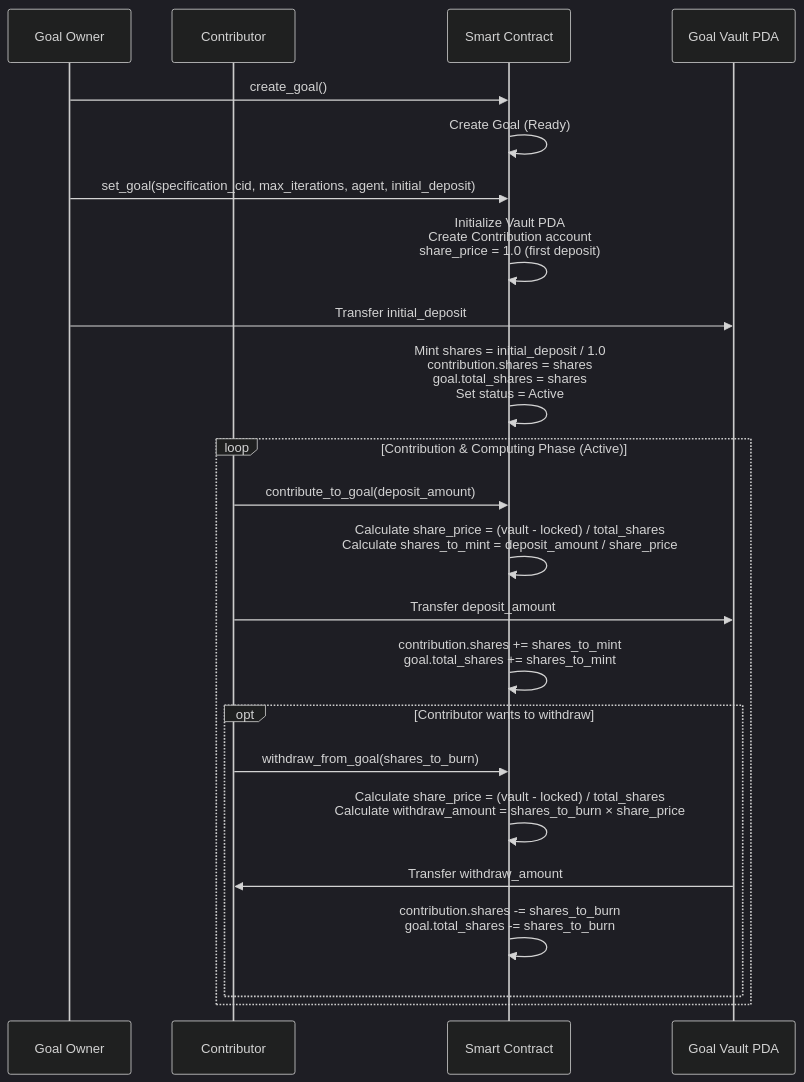
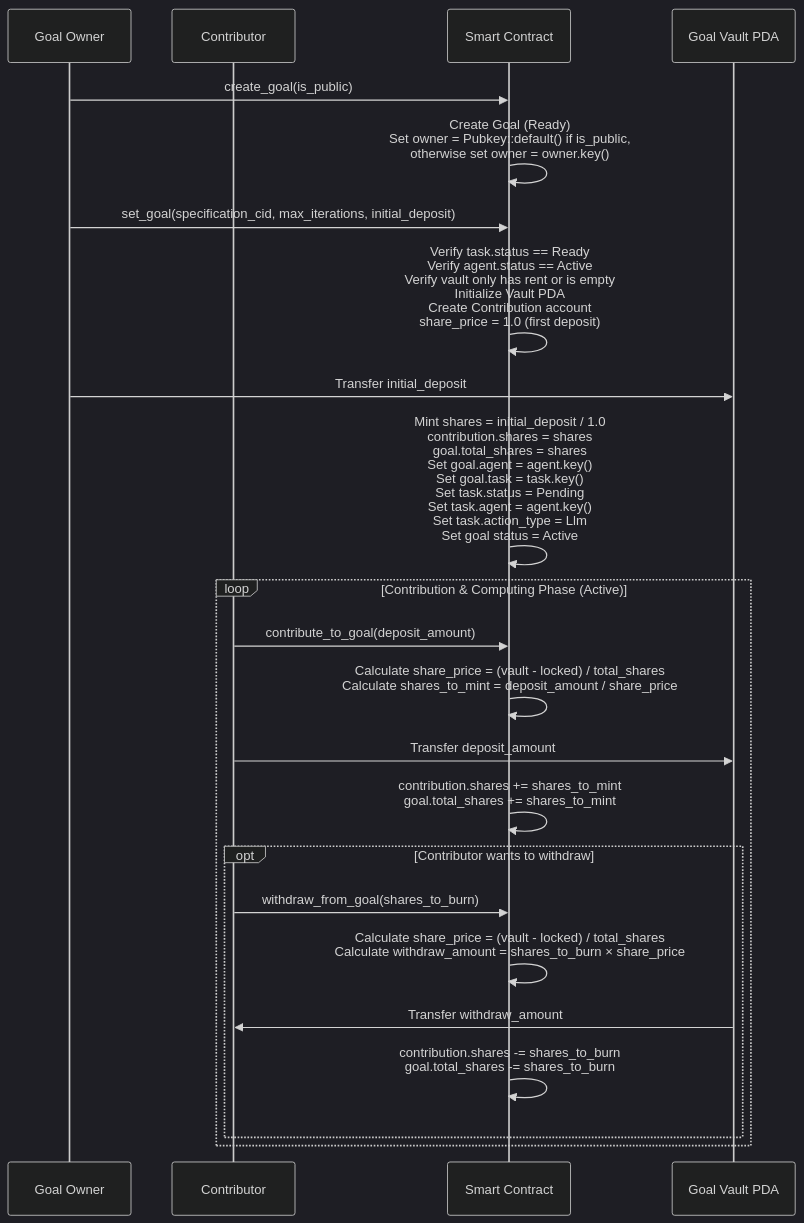
Before and after one commit to JorgeCosta87/decentralized-autonomous-computing: the eighth of 13 diagrams in docs/design.md, drawn with Mermaid (dark theme). The commit also changed other lines of this file and 1 other file, not shown here.

````diff
--- a/docs/design.md
+++ b/docs/design.md
@@ -393,30 +400,30 @@
 ```mermaid
 sequenceDiagram
     participant Owner as Goal Owner
     participant Contributor as Contributor
     participant DAC as Smart Contract
     participant Vault as Goal Vault PDA
     
-    Owner->>DAC: create_goal()
-    DAC->>DAC: Create Goal (Ready)
+    Owner->>DAC: create_goal(is_public)
+    DAC->>DAC: Create Goal (Ready)<br/>Set owner = Pubkey::default() if is_public,<br/>otherwise set owner = owner.key()
     
-    Owner->>DAC: set_goal(specification_cid, max_iterations, agent, initial_deposit)
-    DAC->>DAC: Initialize Vault PDA<br/>Create Contribution account<br/>share_price = 1.0 (first deposit)
+    Owner->>DAC: set_goal(specification_cid, max_iterations, initial_deposit)
+    DAC->>DAC: Verify task.status == Ready<br/>Verify agent.status == Active<br/>Verify vault only has rent or is empty<br/>Initialize Vault PDA<br/>Create Contribution account<br/>share_price = 1.0 (first deposit)
     Owner->>Vault: Transfer initial_deposit
-    DAC->>DAC: Mint shares = initial_deposit / 1.0<br/>contribution.shares = shares<br/>goal.total_shares = shares<br/>Set status = Active
+    DAC->>DAC: Mint shares = initial_deposit / 1.0<br/>contribution.shares = shares<br/>goal.total_shares = shares<br/>Set goal.agent = agent.key()<br/>Set goal.task = task.key()<br/>Set task.status = Pending<br/>Set task.agent = agent.key()<br/>Set task.action_type = Llm<br/>Set goal status = Active
     
     loop Contribution & Computing Phase (Active)
         Contributor->>DAC: contribute_to_goal(deposit_amount)
         DAC->>DAC: Calculate share_price = (vault - locked) / total_shares<br/>Calculate shares_to_mint = deposit_amount / share_price
         Contributor->>Vault: Transfer deposit_amount
         DAC->>DAC: contribution.shares += shares_to_mint<br/>goal.total_shares += shares_to_mint
         
         opt Contributor wants to withdraw
             Contributor->>DAC: withdraw_from_goal(shares_to_burn)
             DAC->>DAC: Calculate share_price = (vault - locked) / total_shares<br/>Calculate withdraw_amount = shares_to_burn × share_price
             Vault->>Contributor: Transfer withdraw_amount
             DAC->>DAC: contribution.shares -= shares_to_burn<br/>goal.total_shares -= shares_to_burn
         end
     end
     
 ```
````
